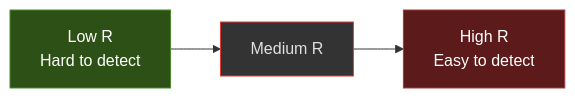
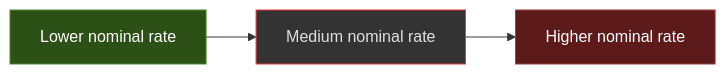
One commit to docxology/steganographer changed the second of 5 diagrams in docs/steganography-theory.md. Above: the diagram before and after it, drawn with Mermaid. The commit also changed other lines of this file and 160 other files, not shown here.

````diff
--- a/docs/steganography-theory.md
+++ b/docs/steganography-theory.md
@@ -85,7 +87,7 @@
 ```mermaid
 flowchart LR
-    LOW["Low R\nHard to detect"] --> MED["Medium R"] --> HIGH["High R\nEasy to detect"]
+    LOW["Lower nominal rate"] --> MED["Medium nominal rate"] --> HIGH["Higher nominal rate"]
     style LOW fill:#2d5016,stroke:#4a8c2a,color:#fff
     style MED fill:#333,stroke:#e53935,color:#e0e0e0
     style HIGH fill:#5c1a1a,stroke:#a33c3c,color:#fff
 ```
````
